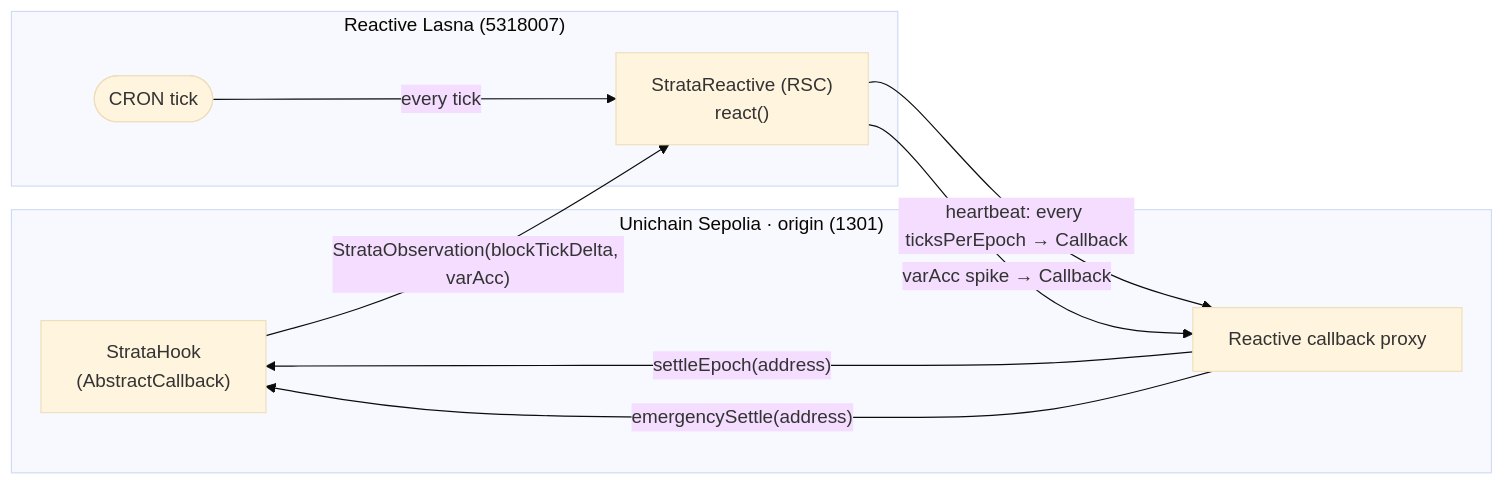
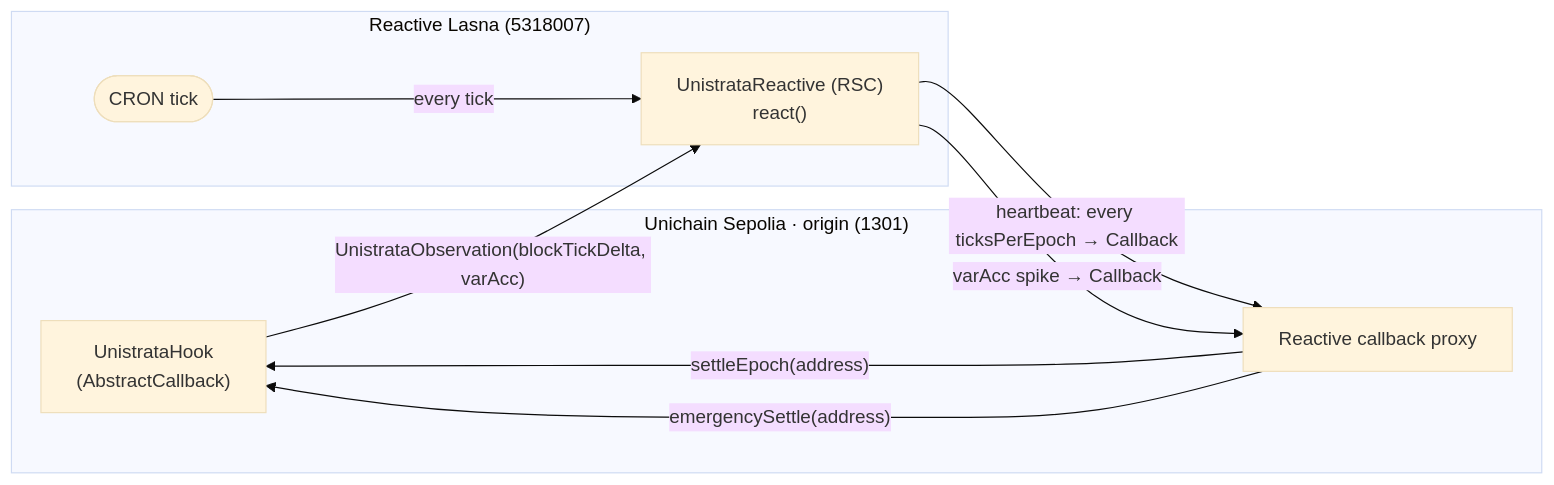
Before and after one commit to dadadave80/unistrata: the diagram in REACTIVE.md, drawn with Mermaid (base theme). The commit also changed other lines of this file and 36 other files, not shown here.

First line of the commit message:
Rebrand Strata → Unistrata; tranches Senior/Junior → Bedrock/Sediment

````diff
--- a/REACTIVE.md
+++ b/REACTIVE.md
@@ -7,19 +7,19 @@
 ```mermaid
 flowchart LR
     subgraph origin["Unichain Sepolia · origin (1301)"]
-        hook["StrataHook<br/>(AbstractCallback)"]
+        hook["UnistrataHook<br/>(AbstractCallback)"]
         proxy["Reactive callback proxy"]
     end
 
     subgraph lasna["Reactive Lasna (5318007)"]
         cron(["CRON tick"])
-        rsc["StrataReactive (RSC)<br/>react()"]
+        rsc["UnistrataReactive (RSC)<br/>react()"]
     end
 
-    hook -- "StrataObservation(blockTickDelta, varAcc)" --> rsc
+    hook -- "UnistrataObservation(blockTickDelta, varAcc)" --> rsc
     cron -- "every tick" --> rsc
     rsc -- "heartbeat: every ticksPerEpoch → Callback" --> proxy
     rsc -- "varAcc spike → Callback" --> proxy
     proxy -- "settleEpoch(address)" --> hook
     proxy -- "emergencySettle(address)" --> hook
 ```
````
